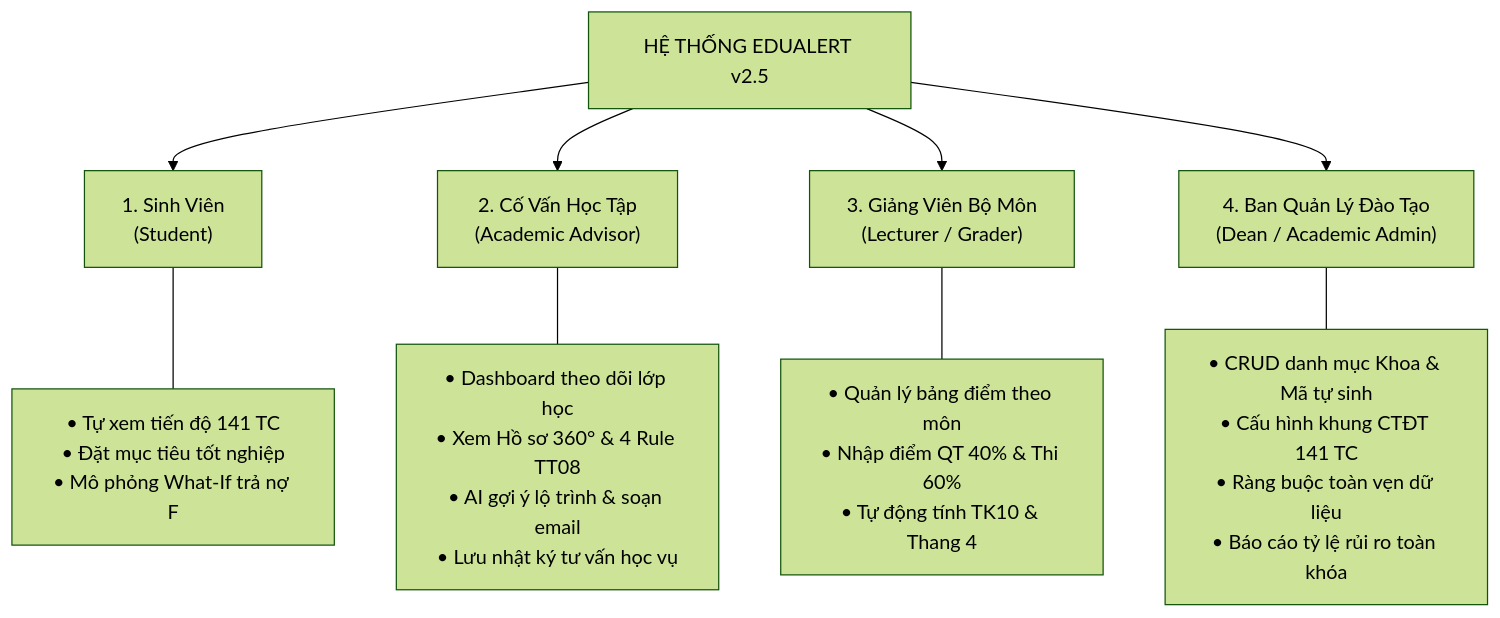
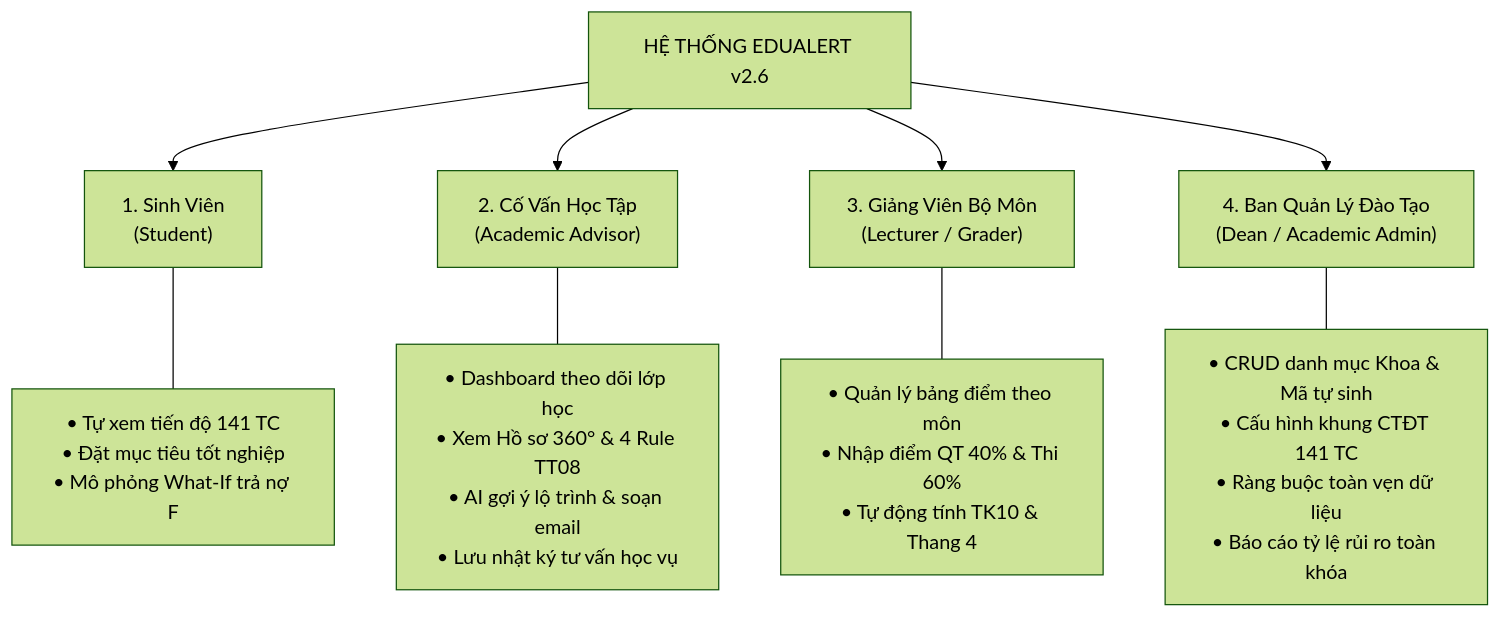
Before and after one commit to legiahan2705/Project-EduAlert: the first of 4 diagrams in docs/BAO_CAO_TOAN_DIEN_DU_AN_EDUALERT.md, drawn with Mermaid (forest theme). The commit also changed other lines of this file and 23 other files, not shown here.

````diff
--- a/docs/BAO_CAO_TOAN_DIEN_DU_AN_EDUALERT.md
+++ b/docs/BAO_CAO_TOAN_DIEN_DU_AN_EDUALERT.md
@@ -49,14 +49,14 @@
 ```mermaid
 flowchart TD
-    EduAlert["HỆ THỐNG EDUALERT v2.5"]
+    EduAlert["HỆ THỐNG EDUALERT v2.6"]
     
     EduAlert --> User1["1. Sinh Viên\n(Student)"]
     EduAlert --> User2["2. Cố Vấn Học Tập\n(Academic Advisor)"]
     EduAlert --> User3["3. Giảng Viên Bộ Môn\n(Lecturer / Grader)"]
     EduAlert --> User4["4. Ban Quản Lý Đào Tạo\n(Dean / Academic Admin)"]
 
     User1 --- A["• Tự xem tiến độ 141 TC\n• Đặt mục tiêu tốt nghiệp\n• Mô phỏng What-If trả nợ F"]
     User2 --- B["• Dashboard theo dõi lớp học\n• Xem Hồ sơ 360° & 4 Rule TT08\n• AI gợi ý lộ trình & soạn email\n• Lưu nhật ký tư vấn học vụ"]
     User3 --- C["• Quản lý bảng điểm theo môn\n• Nhập điểm QT 40% & Thi 60%\n• Tự động tính TK10 & Thang 4"]
     User4 --- D["• CRUD danh mục Khoa & Mã tự sinh\n• Cấu hình khung CTĐT 141 TC\n• Ràng buộc toàn vẹn dữ liệu\n• Báo cáo tỷ lệ rủi ro toàn khóa"]
 ```
````
